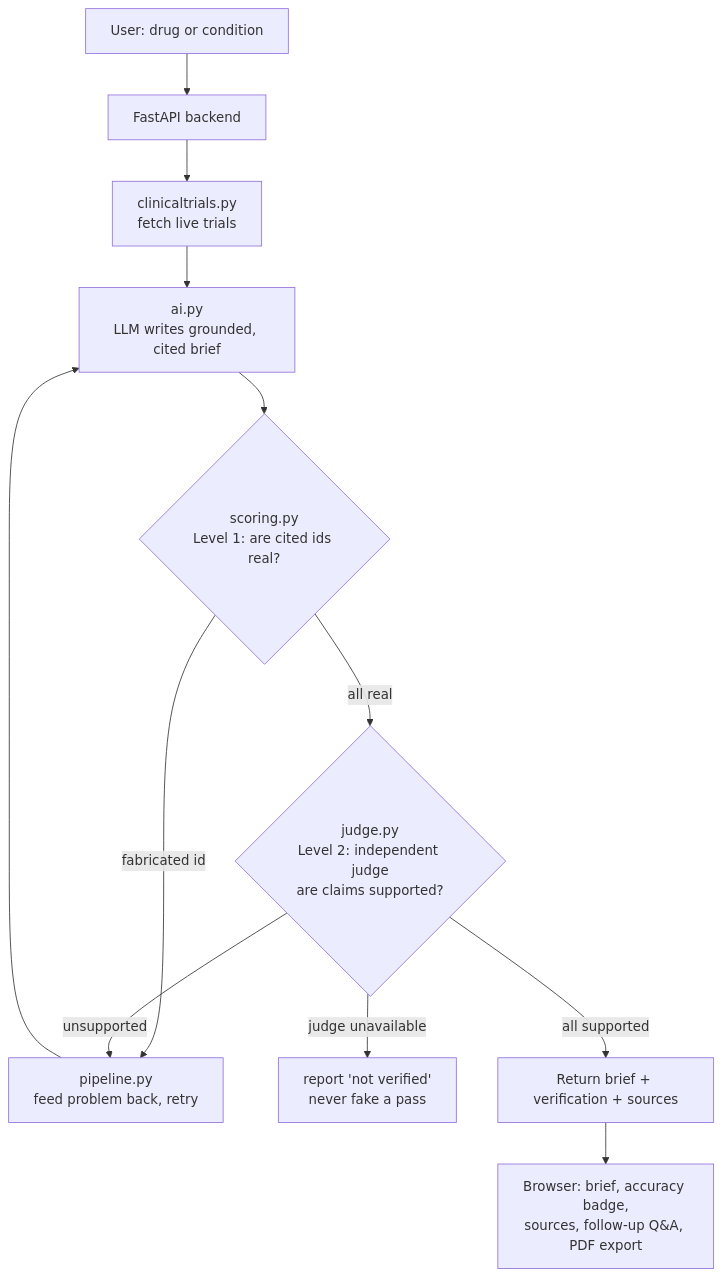
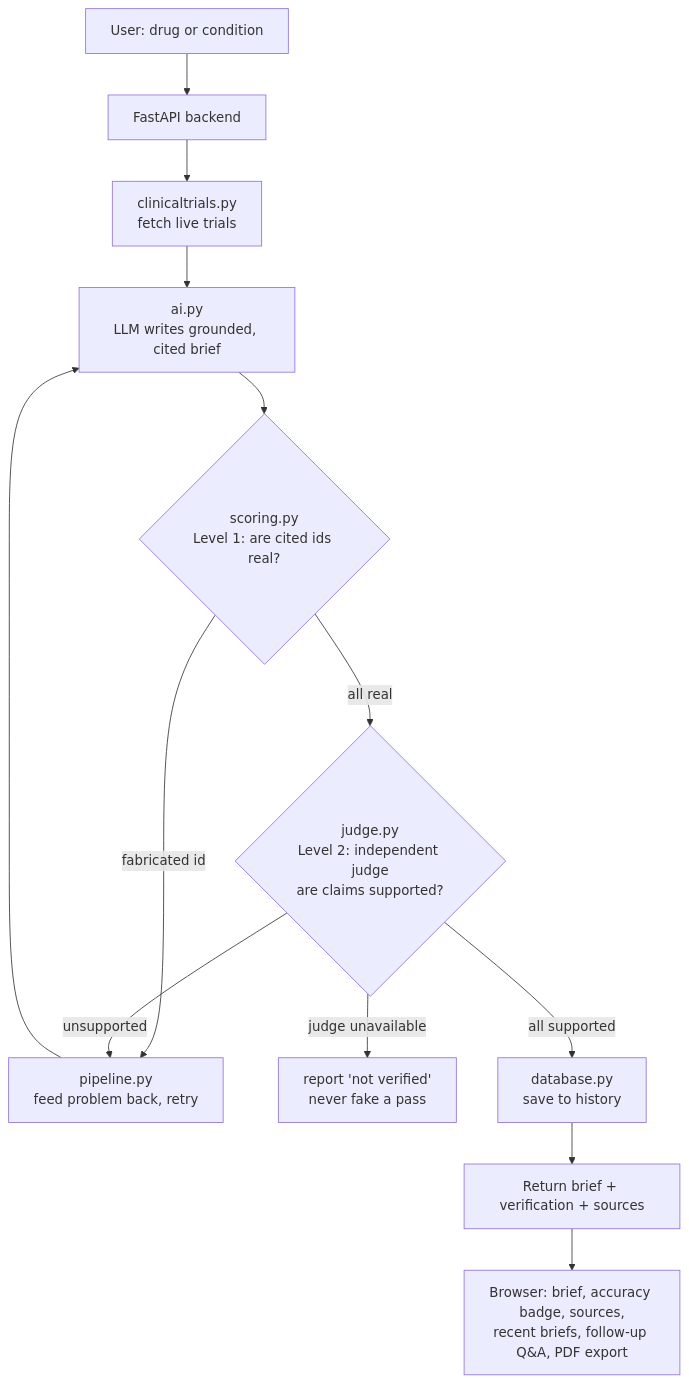
Before and after one commit to bpImmanni/cheiron-demo: the diagram in README.md, drawn with Mermaid. The commit also changed other lines of this file, not shown here.

Commit message:
Update README: database/persistence, richer briefs, Postgres

````diff
--- a/README.md
+++ b/README.md
@@ -28,14 +29,15 @@
 ```mermaid
 flowchart TD
     U[User: drug or condition] --> API[FastAPI backend]
     API --> CT[clinicaltrials.py<br/>fetch live trials]
     CT --> AI[ai.py<br/>LLM writes grounded, cited brief]
     AI --> L1{scoring.py<br/>Level 1: are cited ids real?}
     L1 -- fabricated id --> RETRY[pipeline.py<br/>feed problem back, retry]
     RETRY --> AI
     L1 -- all real --> L2{judge.py<br/>Level 2: independent judge<br/>are claims supported?}
     L2 -- unsupported --> RETRY
     L2 -- judge unavailable --> HONEST[report 'not verified'<br/>never fake a pass]
-    L2 -- all supported --> DONE[Return brief + verification + sources]
-    DONE --> UI[Browser: brief, accuracy badge,<br/>sources, follow-up Q&A, PDF export]
+    L2 -- all supported --> SAVE[database.py<br/>save to history]
+    SAVE --> DONE[Return brief + verification + sources]
+    DONE --> UI[Browser: brief, accuracy badge, sources,<br/>recent briefs, follow-up Q&A, PDF export]
 ```
````
